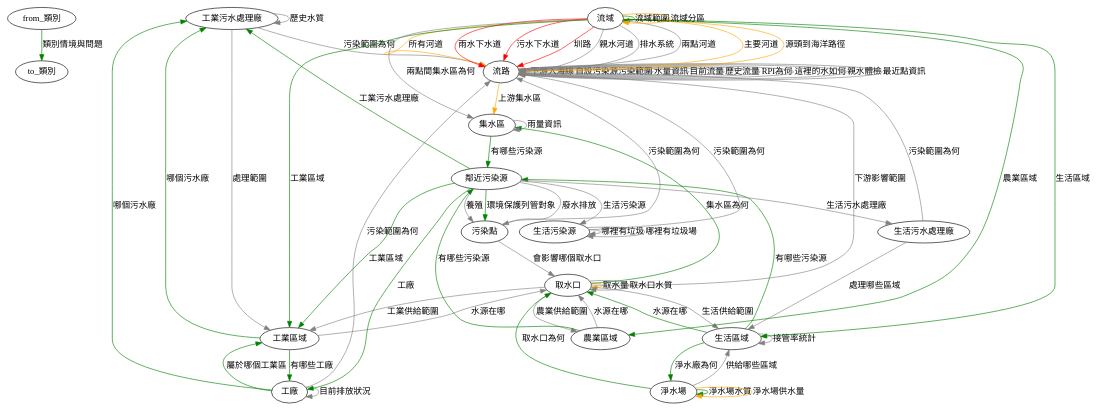
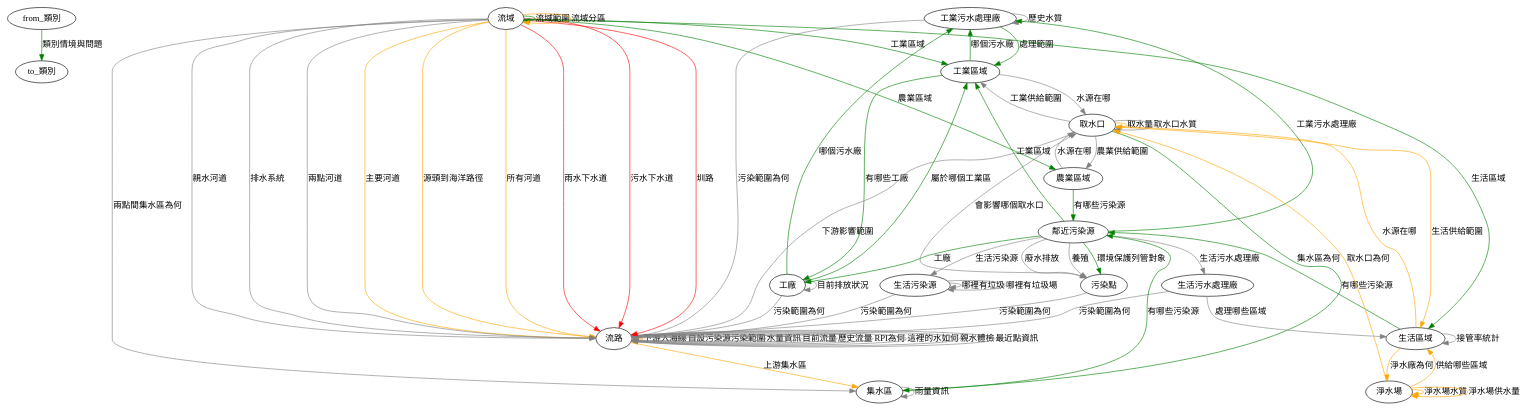
The diagram in tools/TopoTextToDot/output.dot (aga3134/SourcingWater), drawn with Graphviz before and after one commit. The commit also changed 18 other files, not shown here.

```diff
--- a/tools/TopoTextToDot/output.dot
+++ b/tools/TopoTextToDot/output.dot
@@ -1,72 +1,72 @@
 digraph G {
 	"from_類別"->"to_類別"[label="類別情境與問題",color="green",style=""]
+	"工業污水處理廠"->"工業區域"[label="處理範圍",color="green",style=""]
 	"工業污水處理廠"->"流路"[label="污染範圍為何",color="gray",style=""]
-	"工業污水處理廠"->"工業區域"[label="處理範圍",color="gray",style=""]
 	"工業污水處理廠"->"工業污水處理廠"[label="歷史水質",color="gray",style=""]
 	"工業區域"->"工業污水處理廠"[label="哪個污水廠",color="green",style=""]
 	"工業區域"->"工廠"[label="有哪些工廠",color="green",style=""]
 	"工業區域"->"取水口"[label="水源在哪",color="gray",style=""]
 	"工廠"->"工業污水處理廠"[label="哪個污水廠",color="green",style=""]
 	"工廠"->"工業區域"[label="屬於哪個工業區",color="green",style=""]
 	"工廠"->"工廠"[label="目前排放狀況",color="gray",style=""]
 	"工廠"->"流路"[label="污染範圍為何",color="gray",style=""]
 	"生活污水處理廠"->"流路"[label="污染範圍為何",color="gray",style=""]
 	"生活污水處理廠"->"生活區域"[label="處理哪些區域",color="gray",style=""]
 	"生活污染源"->"流路"[label="污染範圍為何",color="gray",style=""]
 	"生活污染源"->"生活污染源"[label="哪裡有垃圾",color="gray",style=""]
 	"生活污染源"->"生活污染源"[label="哪裡有垃圾場",color="gray",style=""]
-	"生活區域"->"取水口"[label="水源在哪",color="green",style=""]
-	"生活區域"->"淨水場"[label="淨水廠為何",color="green",style=""]
 	"生活區域"->"鄰近污染源"[label="有哪些污染源",color="green",style=""]
+	"生活區域"->"取水口"[label="水源在哪",color="orange",style=""]
+	"生活區域"->"淨水場"[label="淨水廠為何",color="orange",style=""]
 	"生活區域"->"生活區域"[label="接管率統計",color="gray",style=""]
 	"污染點"->"流路"[label="污染範圍為何",color="gray",style=""]
 	"污染點"->"取水口"[label="會影響哪個取水口",color="gray",style=""]
 	"取水口"->"集水區"[label="集水區為何",color="green",style=""]
 	"取水口"->"取水口"[label="取水量",color="orange",style=""]
-	"取水口"->"生活區域"[label="生活供給範圍",color="gray",style=""]
+	"取水口"->"生活區域"[label="生活供給範圍",color="orange",style=""]
 	"取水口"->"流路"[label="下游影響範圍",color="gray",style=""]
 	"取水口"->"取水口"[label="取水口水質",color="gray",style=""]
 	"取水口"->"農業區域"[label="農業供給範圍",color="gray",style=""]
 	"取水口"->"工業區域"[label="工業供給範圍",color="gray",style=""]
 	"流域"->"流域"[label="流域範圍",color="green",style=""]
 	"流域"->"生活區域"[label="生活區域",color="green",style=""]
 	"流域"->"農業區域"[label="農業區域",color="green",style=""]
 	"流域"->"工業區域"[label="工業區域",color="green",style=""]
 	"流域"->"流路"[label="主要河道",color="orange",style=""]
 	"流域"->"流路"[label="源頭到海洋路徑",color="orange",style=""]
 	"流域"->"流路"[label="所有河道",color="orange",style=""]
 	"流域"->"流域"[label="流域分區",color="orange",style=""]
 	"流域"->"流路"[label="雨水下水道",color="red",style=""]
 	"流域"->"流路"[label="污水下水道",color="red",style=""]
 	"流域"->"流路"[label="圳路",color="red",style=""]
 	"流域"->"流路"[label="親水河道",color="gray",style=""]
 	"流域"->"流路"[label="排水系統",color="gray",style=""]
 	"流域"->"流路"[label="兩點河道",color="gray",style=""]
 	"流域"->"集水區"[label="兩點間集水區為何",color="gray",style=""]
 	"流路"->"集水區"[label="上游集水區",color="orange",style=""]
 	"流路"->"流路"[label="下游入海線",color="orange",style=""]
 	"流路"->"流路"[label="自設污染源污染範圍",color="gray",style=""]
 	"流路"->"流路"[label="水量資訊",color="gray",style=""]
 	"流路"->"流路"[label="目前流量",color="gray",style=""]
 	"流路"->"流路"[label="歷史流量",color="gray",style=""]
 	"流路"->"流路"[label="RPI為何",color="gray",style=""]
 	"流路"->"流路"[label="這裡的水如何",color="gray",style=""]
 	"流路"->"流路"[label="親水體檢",color="gray",style=""]
 	"流路"->"流路"[label="最近點資訊",color="gray",style=""]
-	"淨水場"->"取水口"[label="取水口為何",color="green",style=""]
-	"淨水場"->"淨水場"[label="淨水場水質",color="green",style=""]
+	"淨水場"->"取水口"[label="取水口為何",color="orange",style=""]
+	"淨水場"->"淨水場"[label="淨水場水質",color="orange",style=""]
 	"淨水場"->"淨水場"[label="淨水場供水量",color="orange",style=""]
-	"淨水場"->"生活區域"[label="供給哪些區域",color="gray",style=""]
+	"淨水場"->"生活區域"[label="供給哪些區域",color="orange",style=""]
 	"集水區"->"鄰近污染源"[label="有哪些污染源",color="green",style=""]
 	"集水區"->"集水區"[label="雨量資訊",color="gray",style=""]
 	"農業區域"->"鄰近污染源"[label="有哪些污染源",color="green",style=""]
 	"農業區域"->"取水口"[label="水源在哪",color="gray",style=""]
 	"鄰近污染源"->"工廠"[label="工廠",color="green",style=""]
 	"鄰近污染源"->"污染點"[label="環境保護列管對象",color="green",style=""]
 	"鄰近污染源"->"工業區域"[label="工業區域",color="green",style=""]
 	"鄰近污染源"->"工業污水處理廠"[label="工業污水處理廠",color="green",style=""]
 	"鄰近污染源"->"生活污染源"[label="生活污染源",color="gray",style=""]
 	"鄰近污染源"->"生活污水處理廠"[label="生活污水處理廠",color="gray",style=""]
 	"鄰近污染源"->"污染點"[label="廢水排放",color="gray",style=""]
 	"鄰近污染源"->"污染點"[label="養殖",color="gray",style=""]
 }
```
